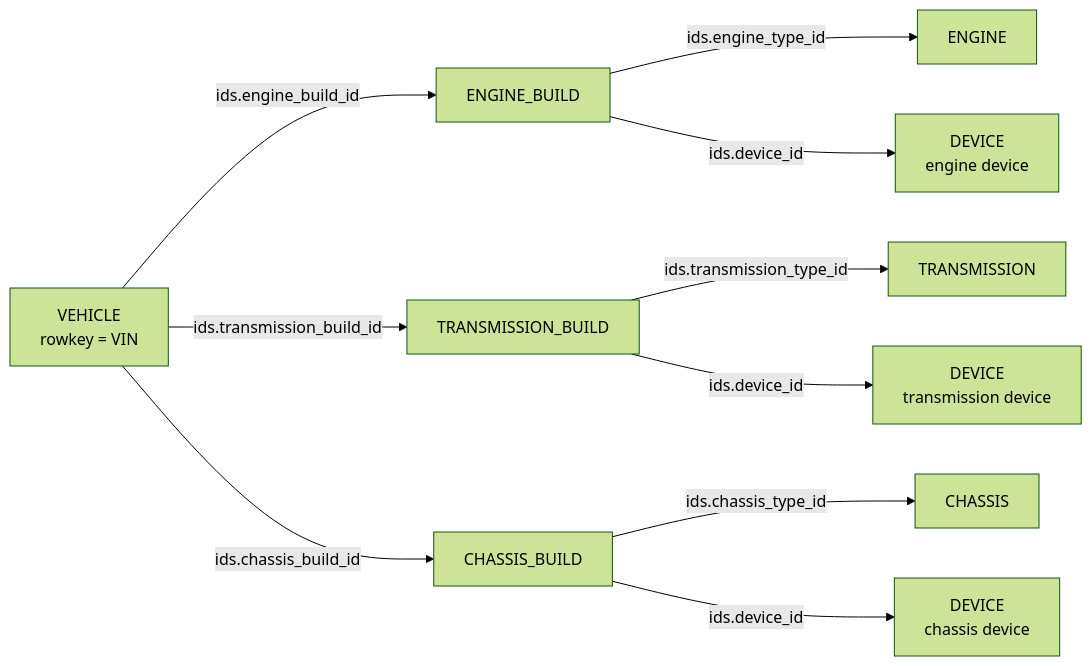
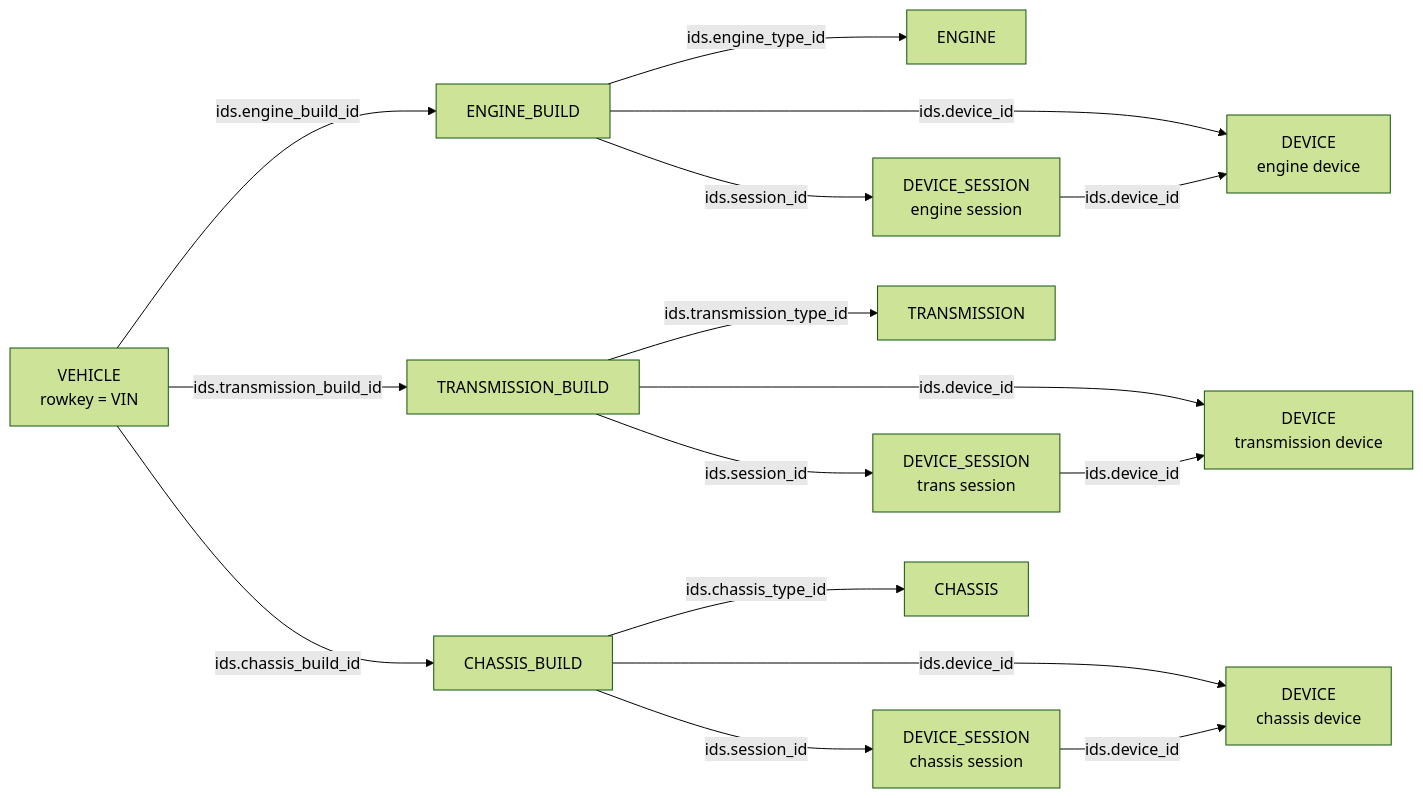
Before and after one commit to BrooksIan/PhoenixDotNet: the second of 2 diagrams in use-cases/vehicle360/README.md, drawn with Mermaid (forest theme). The commit also changed other lines of this file and 11 other files, not shown here.

````diff
--- a/use-cases/vehicle360/README.md
+++ b/use-cases/vehicle360/README.md
@@ -146,28 +174,40 @@
 ```mermaid
 flowchart LR
   VEH["VEHICLE<br/>rowkey = VIN"]
 
   EB[ENGINE_BUILD]
   TB[TRANSMISSION_BUILD]
   CB[CHASSIS_BUILD]
 
   ENG[ENGINE]
   TRN[TRANSMISSION]
   CHS[CHASSIS]
 
   ED["DEVICE<br/>engine device"]
   TD["DEVICE<br/>transmission device"]
   CD["DEVICE<br/>chassis device"]
 
+  ES["DEVICE_SESSION<br/>engine session"]
+  TS["DEVICE_SESSION<br/>trans session"]
+  CS["DEVICE_SESSION<br/>chassis session"]
+
   VEH -->|"ids.engine_build_id"| EB
   VEH -->|"ids.transmission_build_id"| TB
   VEH -->|"ids.chassis_build_id"| CB
 
   EB -->|"ids.engine_type_id"| ENG
   TB -->|"ids.transmission_type_id"| TRN
   CB -->|"ids.chassis_type_id"| CHS
 
   EB -->|"ids.device_id"| ED
   TB -->|"ids.device_id"| TD
   CB -->|"ids.device_id"| CD
+
+  EB -->|"ids.session_id"| ES
+  TB -->|"ids.session_id"| TS
+  CB -->|"ids.session_id"| CS
+
+  ES -->|"ids.device_id"| ED
+  TS -->|"ids.device_id"| TD
+  CS -->|"ids.device_id"| CD
 ```
````
